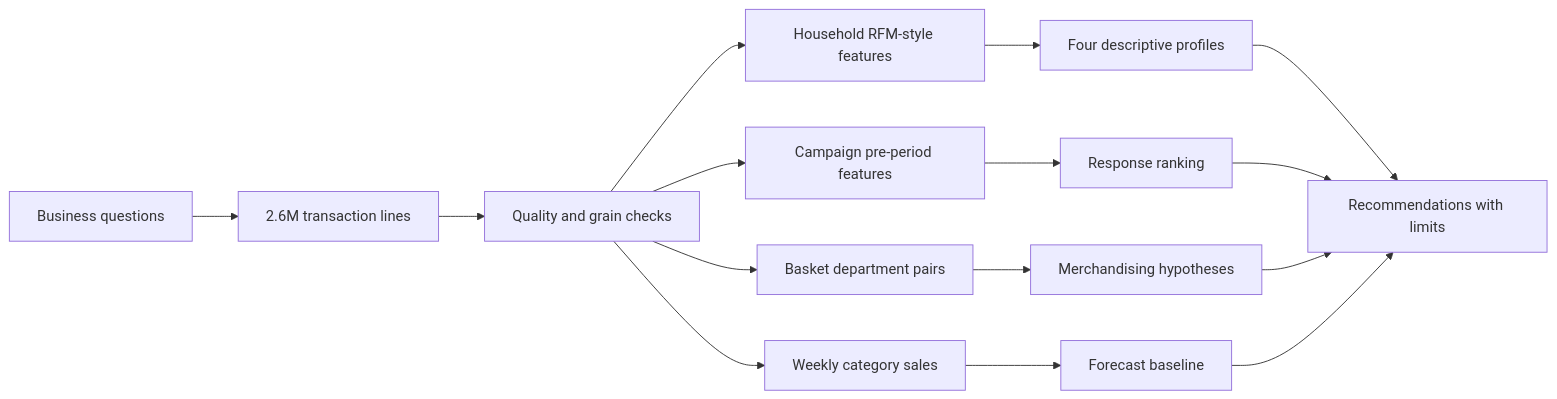
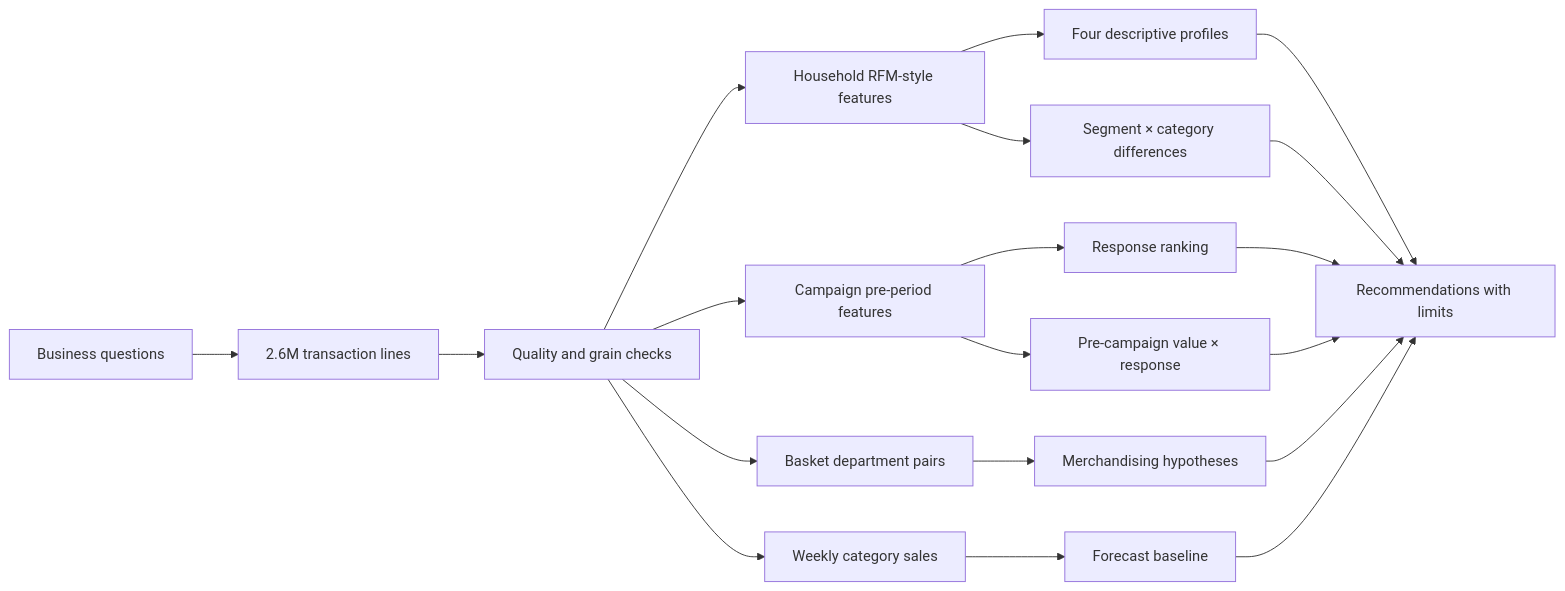
The diagram in README.md (lincoln3079938241-coder/retail-decision-analytics), drawn with Mermaid before and after one commit. The commit also changed other lines of this file and 24 other files, not shown here.

````diff
--- a/README.md
+++ b/README.md
@@ -12,17 +12,21 @@
 ```mermaid
 flowchart LR
   A["Business questions"] --> B["2.6M transaction lines"]
   B --> C["Quality and grain checks"]
   C --> D["Household RFM-style features"]
   C --> E["Campaign pre-period features"]
   C --> F["Basket department pairs"]
   C --> G["Weekly category sales"]
   D --> H["Four descriptive profiles"]
+  D --> M["Segment × category differences"]
   E --> I["Response ranking"]
+  E --> N["Pre-campaign value × response"]
   F --> J["Merchandising hypotheses"]
   G --> K["Forecast baseline"]
   H --> L["Recommendations with limits"]
+  M --> L
   I --> L
+  N --> L
   J --> L
   K --> L
 ```
````
